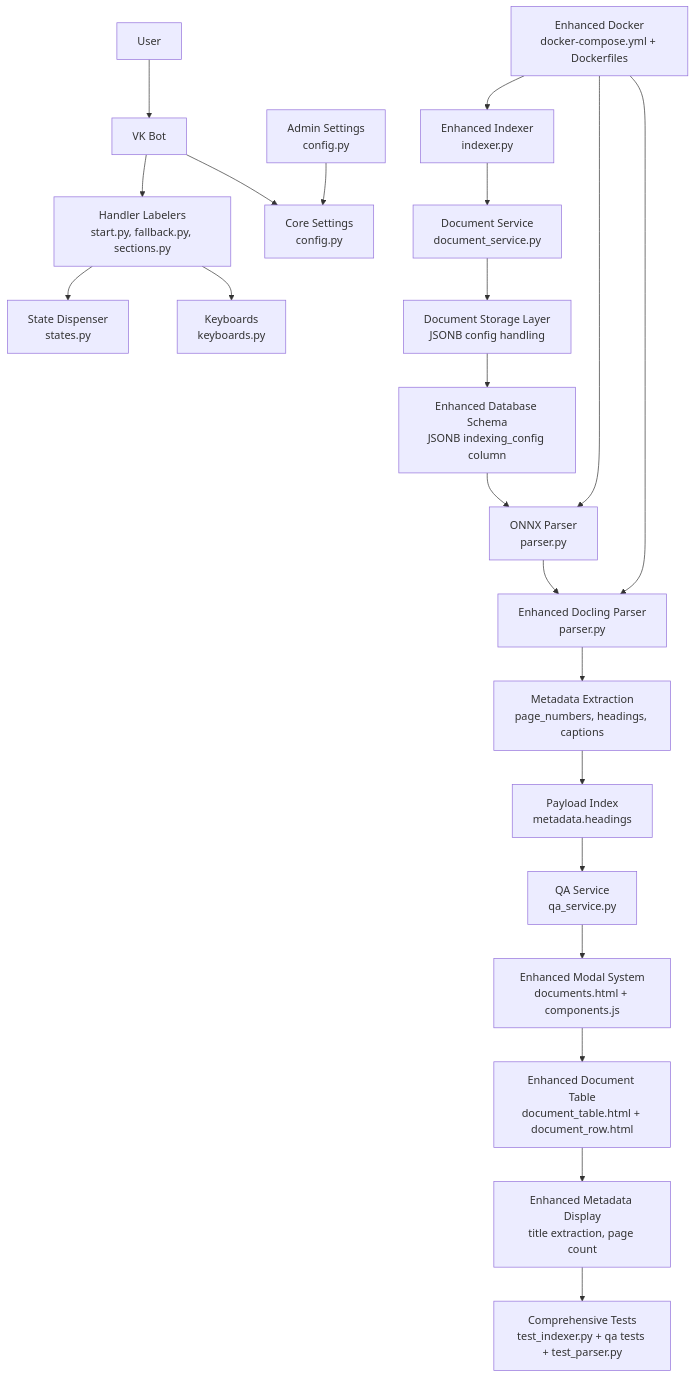
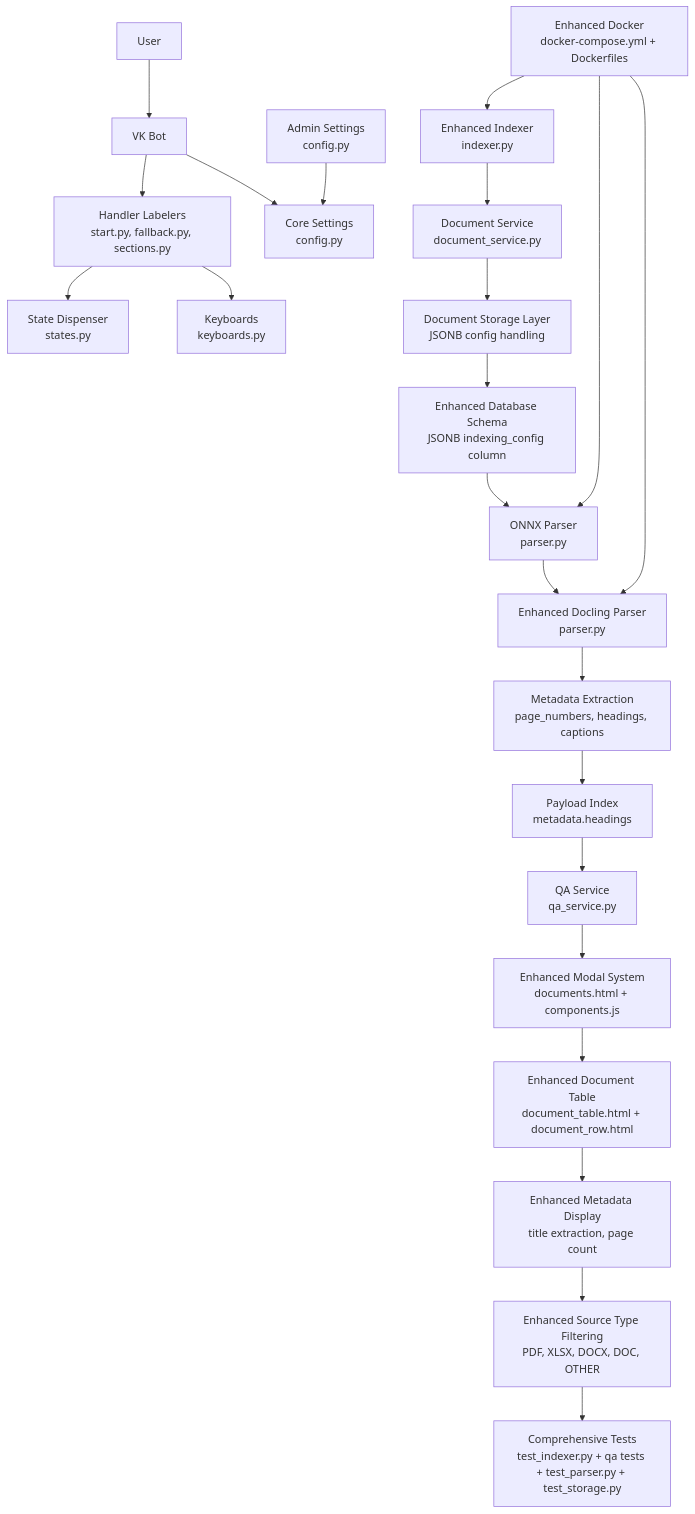
One commit to ognelis/cafetera_hr_bot changed the second of 38 diagrams in .qoder/repowiki/en/content/Document Management System.md. Above: the diagram before and after it, drawn with Mermaid. The commit also changed other lines of this file and 12 other files, not shown here.

````diff
--- a/.qoder/repowiki/en/content/Document Management System.md
+++ b/.qoder/repowiki/en/content/Document Management System.md
@@ -214,45 +219,47 @@
 ```mermaid
 graph TB
 USER["User"]
 BOT["VK Bot"]
 LABELERS["Handler Labelers<br/>start.py, fallback.py, sections.py"]
 STATE["State Dispenser<br/>states.py"]
 KB["Keyboards<br/>keyboards.py"]
 CORECFG["Core Settings<br/>config.py"]
 ADMINCFG["Admin Settings<br/>config.py"]
 INDEXER["Enhanced Indexer<br/>indexer.py"]
 DOCSVC["Document Service<br/>document_service.py"]
 QA_SERVICE["QA Service<br/>qa_service.py"]
 PARSER["ONNX Parser<br/>parser.py"]
 DOCLET_PARSER["Enhanced Docling Parser<br/>parser.py"]
 METADATA_EXTRACTOR["Metadata Extraction<br/>page_numbers, headings, captions"]
 PAYLOAD_INDEX["Payload Index<br/>metadata.headings"]
 MODAL_SYS["Enhanced Modal System<br/>documents.html + components.js"]
-TESTS["Comprehensive Tests<br/>test_indexer.py + qa tests + test_parser.py"]
+TESTS["Comprehensive Tests<br/>test_indexer.py + qa tests + test_parser.py + test_storage.py"]
 DOCKER["Enhanced Docker<br/>docker-compose.yml + Dockerfiles"]
 DATABASE["Enhanced Database Schema<br/>JSONB indexing_config column"]
 STORAGE_LAYER["Document Storage Layer<br/>JSONB config handling"]
 DOCUMENT_TABLE["Enhanced Document Table<br/>document_table.html + document_row.html"]
 DOCUMENT_METADATA["Enhanced Metadata Display<br/>title extraction, page count"]
+SOURCE_TYPE_FILTERING["Enhanced Source Type Filtering<br/>PDF, XLSX, DOCX, DOC, OTHER"]
 USER --> BOT
 BOT --> LABELERS
 LABELERS --> STATE
 LABELERS --> KB
 BOT --> CORECFG
 ADMINCFG --> CORECFG
 INDEXER --> DOCSVC
 DOCSVC --> STORAGE_LAYER
 STORAGE_LAYER --> DATABASE
 DATABASE --> PARSER
 PARSER --> DOCLET_PARSER
 DOCLET_PARSER --> METADATA_EXTRACTOR
 METADATA_EXTRACTOR --> PAYLOAD_INDEX
 PAYLOAD_INDEX --> QA_SERVICE
 QA_SERVICE --> MODAL_SYS
 MODAL_SYS --> DOCUMENT_TABLE
 DOCUMENT_TABLE --> DOCUMENT_METADATA
-DOCUMENT_METADATA --> TESTS
+DOCUMENT_METADATA --> SOURCE_TYPE_FILTERING
+SOURCE_TYPE_FILTERING --> TESTS
 DOCKER --> INDEXER
 DOCKER --> PARSER
 DOCKER --> DOCLET_PARSER
 ```
````
